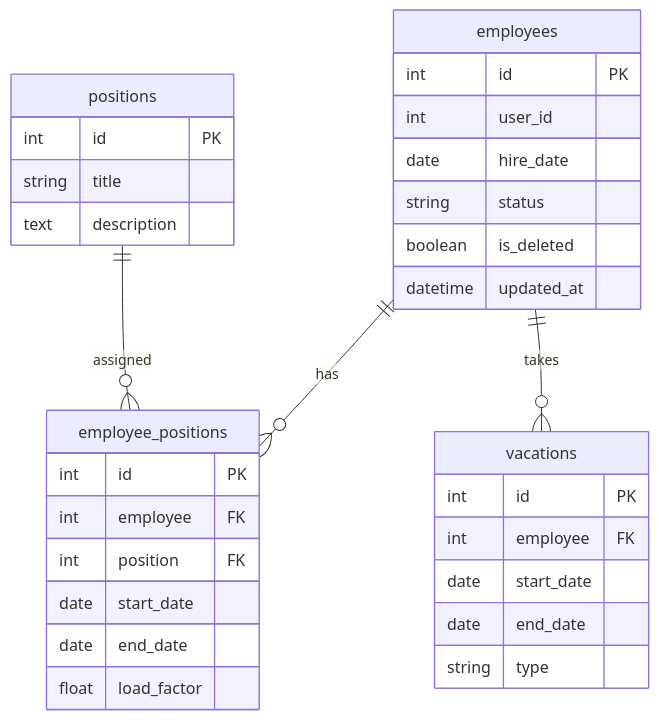
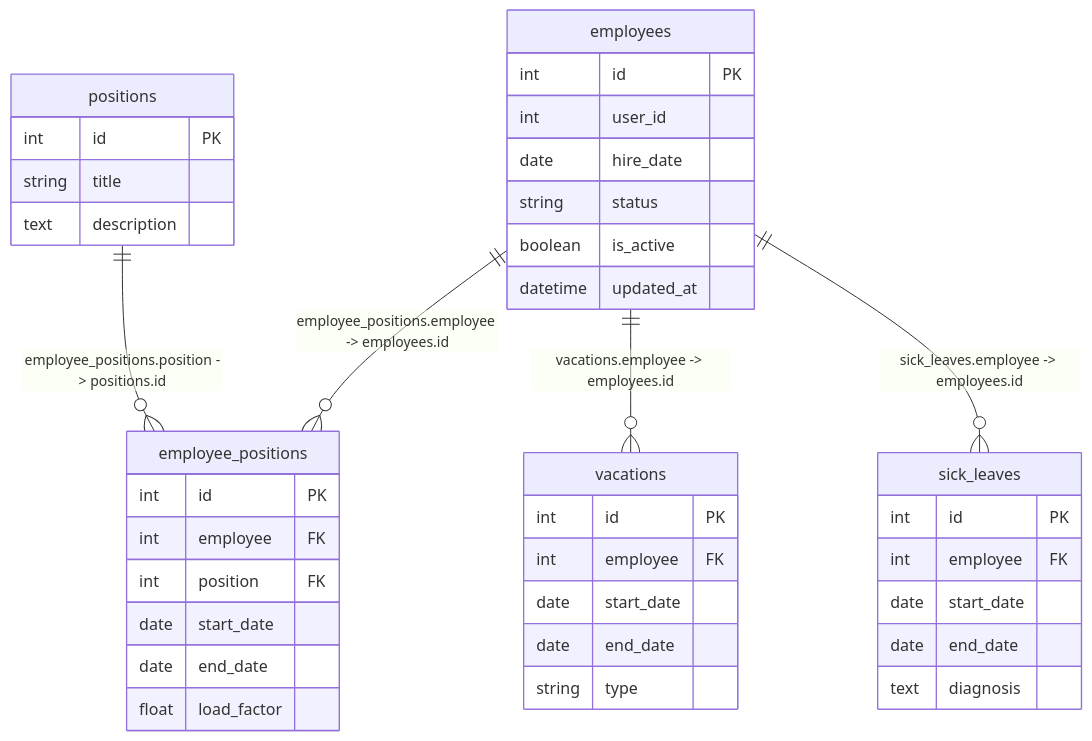
The diagram in S10/doc.md (YuriSilenok/KPK_UP2_24-1P11), drawn with Mermaid before and after one commit. The commit also changed other lines of this file, not shown here.

````diff
--- a/S10/doc.md
+++ b/S10/doc.md
@@ -138,35 +151,43 @@
 ```mermaid
 erDiagram
     employees {
         int id PK
         int user_id
         date hire_date
         string status
-        boolean is_deleted
+        boolean is_active
         datetime updated_at
     }
     positions {
         int id PK
         string title
         text description
     }
     employee_positions {
         int id PK
         int employee FK
         int position FK
         date start_date
         date end_date
         float load_factor
     }
     vacations {
         int id PK
         int employee FK
         date start_date
         date end_date
         string type
     }
+    sick_leaves {
+        int id PK
+        int employee FK
+        date start_date
+        date end_date
+        text diagnosis
+    }
 
-    employees ||--o{ employee_positions : "has"
-    positions ||--o{ employee_positions : "assigned"
-    employees ||--o{ vacations : "takes"
+    employees ||--o{ employee_positions : "employee_positions.employee -> employees.id"
+    positions ||--o{ employee_positions : "employee_positions.position -> positions.id"
+    employees ||--o{ vacations : "vacations.employee -> employees.id"
+    employees ||--o{ sick_leaves : "sick_leaves.employee -> employees.id"
 ```
````
